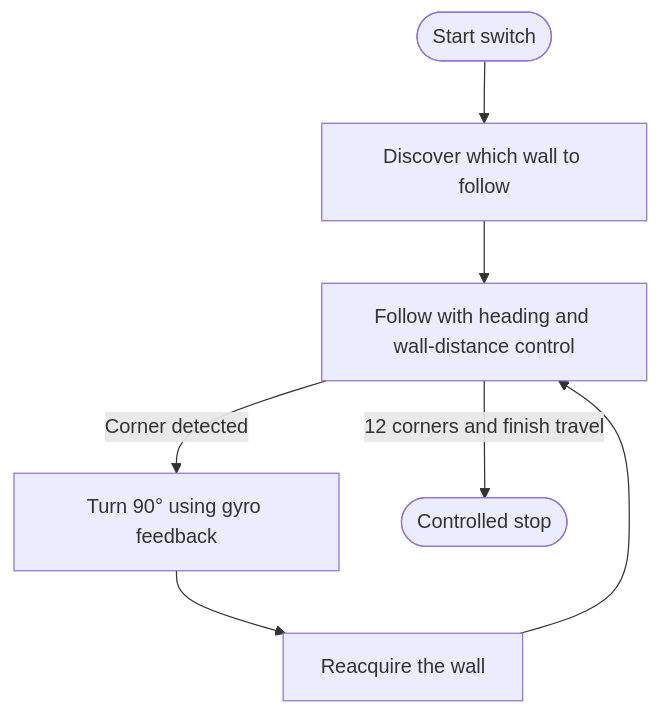
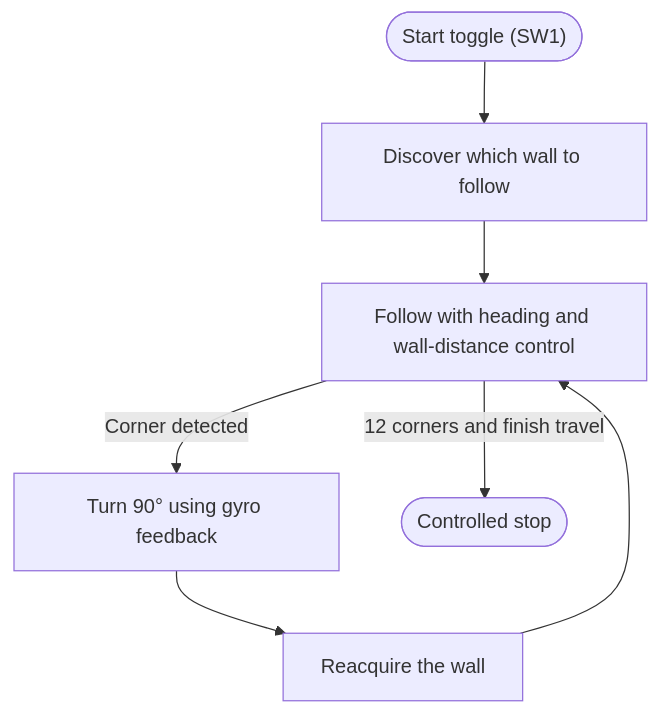
One commit to flawil-beavers/Future-Engineers_2026 changed the second of 3 diagrams in README.md. Above: the diagram before and after it, drawn with Mermaid. The commit also changed other lines of this file, not shown here.

````diff
--- a/README.md
+++ b/README.md
@@ -306,11 +308,11 @@
 ```mermaid
 flowchart TD
     accTitle: Open Challenge flow
     accDescr: The robot finds a wall, repeats wall following and gyro-controlled turns, and stops after three laps and finish travel.
-    start(["Start switch"]) --> discover["Discover which wall to follow"]
+    start(["Start toggle (SW1)"]) --> discover["Discover which wall to follow"]
     discover --> follow["Follow with heading and wall-distance control"]
     follow -->|"Corner detected"| turn["Turn 90° using gyro feedback"]
     turn --> reacquire["Reacquire the wall"]
     reacquire --> follow
     follow -->|"12 corners and finish travel"| stop(["Controlled stop"])
 ```
````
